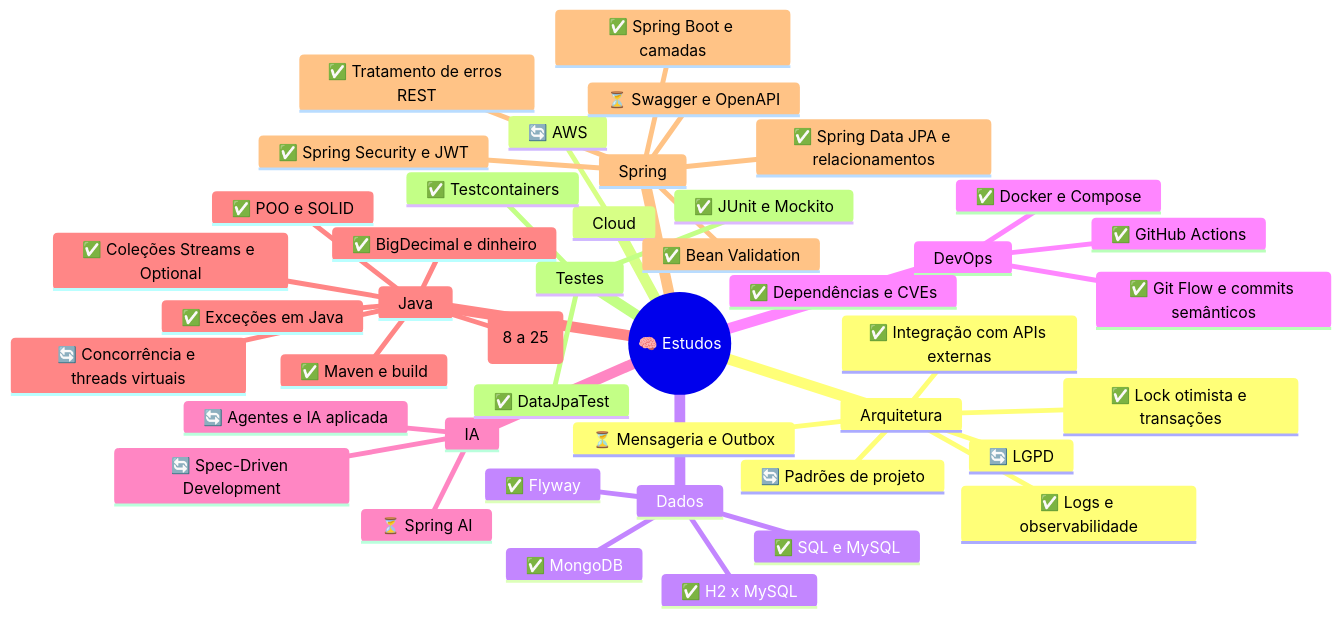
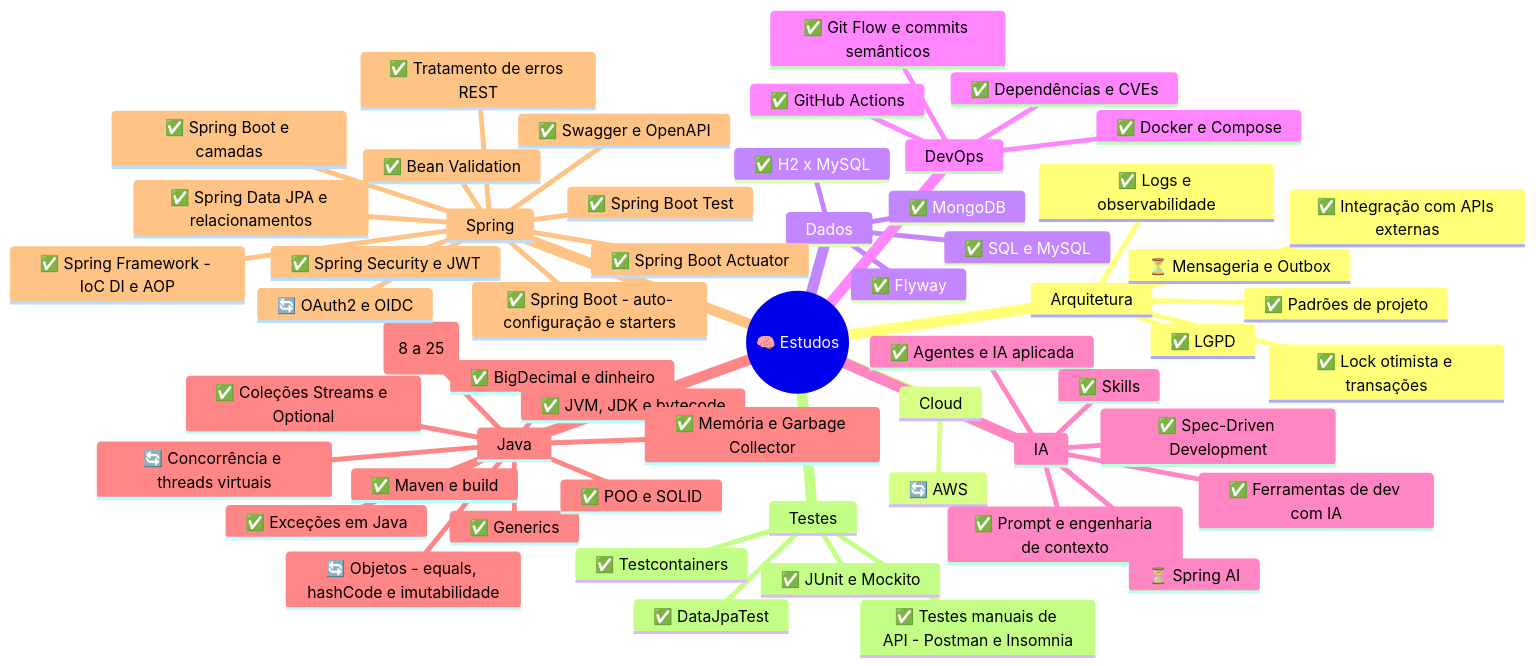
Diagram 15 of 19 in README.md (k3vinrich4rd/k3vinrich4rd), drawn with Mermaid before and after one commit. The commit also changed other lines of this file and 3 other files, not shown here.

````diff
--- a/README.md
+++ b/README.md
@@ -1662,46 +1662,59 @@
 ```mermaid
 mindmap
   root((🧠 Estudos))
     Arquitetura
       ✅ Integração com APIs externas
-      🔄 LGPD
+      ✅ LGPD
       ✅ Lock otimista e transações
       ✅ Logs e observabilidade
       ⏳ Mensageria e Outbox
-      🔄 Padrões de projeto
+      ✅ Padrões de projeto
     Cloud
       🔄 AWS
     Dados
       ✅ Flyway
       ✅ H2 x MySQL
       ✅ MongoDB
       ✅ SQL e MySQL
     DevOps
       ✅ Dependências e CVEs
       ✅ Docker e Compose
       ✅ Git Flow e commits semânticos
       ✅ GitHub Actions
     IA
-      🔄 Agentes e IA aplicada
-      🔄 Spec-Driven Development
+      ✅ Agentes e IA aplicada
+      ✅ Ferramentas de dev com IA
+      ✅ Prompt e engenharia de contexto
+      ✅ Skills
+      ✅ Spec-Driven Development
       ⏳ Spring AI
     Java
       ✅ BigDecimal e dinheiro
       ✅ Coleções Streams e Optional
       🔄 Concorrência e threads virtuais
       ✅ Exceções em Java
-      🔄 Java moderno (8 a 25)
+      ✅ Generics
+      ✅ JVM, JDK e bytecode
+      ✅ Java moderno (8 a 25)
       ✅ Maven e build
+      ✅ Memória e Garbage Collector
+      🔄 Objetos - equals, hashCode e imutabilidade
       ✅ POO e SOLID
     Spring
       ✅ Bean Validation
+      🔄 OAuth2 e OIDC
+      ✅ Spring Boot - auto-configuração e starters
+      ✅ Spring Boot Actuator
+      ✅ Spring Boot Test
       ✅ Spring Boot e camadas
       ✅ Spring Data JPA e relacionamentos
+      ✅ Spring Framework - IoC DI e AOP
       ✅ Spring Security e JWT
-      ⏳ Swagger e OpenAPI
+      ✅ Swagger e OpenAPI
       ✅ Tratamento de erros REST
     Testes
       ✅ DataJpaTest
       ✅ JUnit e Mockito
       ✅ Testcontainers
+      ✅ Testes manuais de API - Postman e Insomnia
 ```
````
